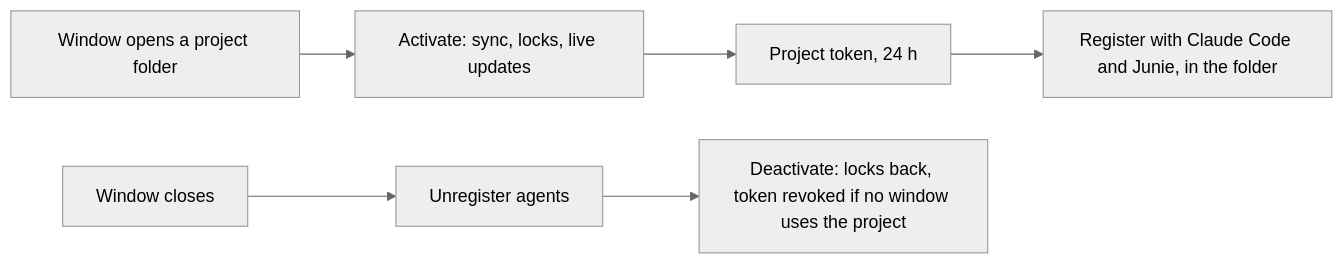
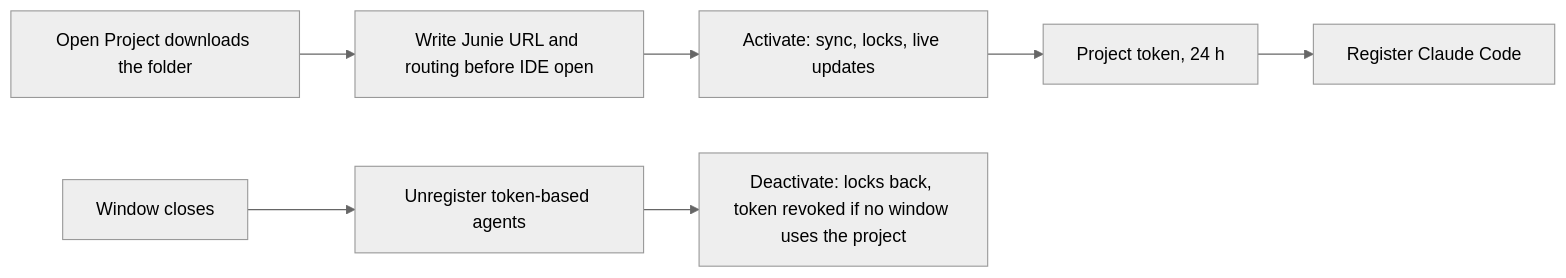
One commit to rapiddweller/datamimic-jetbrains changed the diagram in docs/adr/0002-active-project-scope.md. Above: the diagram before and after it, drawn with Mermaid (neutral theme). The commit also changed other lines of this file and 12 other files, not shown here.

Commit message:
fix: prepare Junie OAuth before project open

````diff
--- a/docs/adr/0002-active-project-scope.md
+++ b/docs/adr/0002-active-project-scope.md
@@ -19,8 +19,9 @@
 ```mermaid
 flowchart LR
-  O["Window opens a project folder"] --> A["Activate: sync, locks, live updates"]
+  O["Open Project downloads the folder"] --> J["Write Junie URL and routing before IDE open"]
+  J --> A["Activate: sync, locks, live updates"]
   A --> T["Project token, 24 h"]
-  T --> R["Register with Claude Code and Junie, in the folder"]
-  X["Window closes"] --> U["Unregister agents"]
+  T --> C["Register Claude Code"]
+  X["Window closes"] --> U["Unregister token-based agents"]
   U --> D["Deactivate: locks back, token revoked if no window uses the project"]
 ```
````
